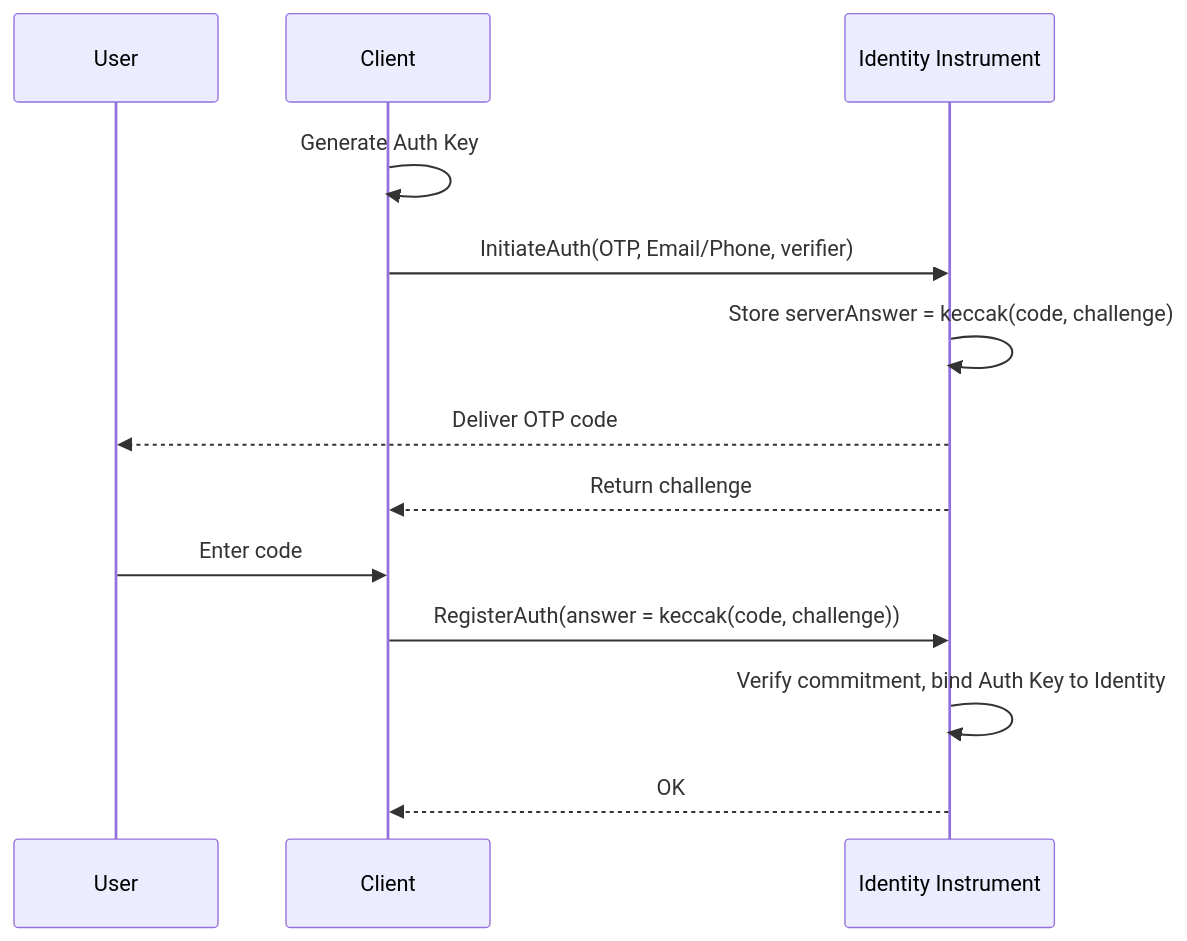
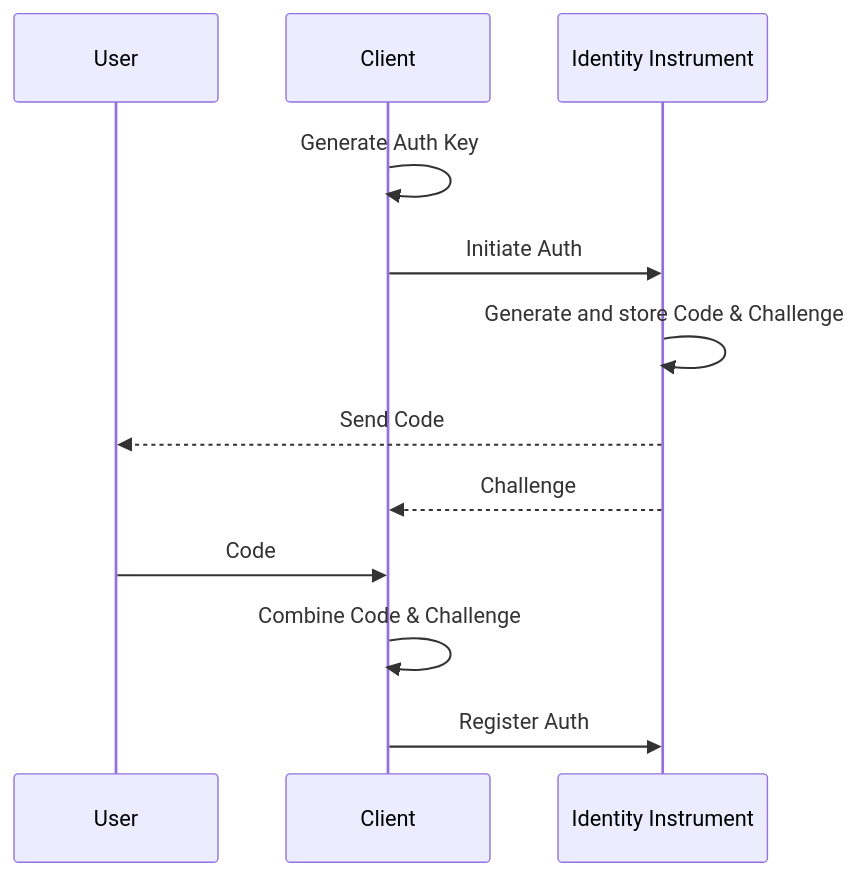
Before and after one commit to 0xsequence/docs: the first of 2 diagrams in solutions/wallets/ecosystems/identity-instrument.mdx, drawn with Mermaid. The commit also changed other lines of this file and 3 other files, not shown here.

````diff
--- a/solutions/wallets/ecosystems/identity-instrument.mdx
+++ b/solutions/wallets/ecosystems/identity-instrument.mdx
@@ -57,15 +32,15 @@
 ```mermaid
 sequenceDiagram
   participant User
   participant Client
   participant Nitro as Identity Instrument
-  Client->>Client: Generate Auth Key
-  Client->>Nitro: InitiateAuth(OTP, Email/Phone, verifier)
-  Nitro->>Nitro: Store serverAnswer = keccak(code, challenge)
-  Nitro-->>User: Deliver OTP code
-  Nitro-->>Client: Return challenge
-  User->>Client: Enter code
-  Client->>Nitro: RegisterAuth(answer = keccak(code, challenge))
-  Nitro->>Nitro: Verify commitment, bind Auth Key to Identity
-  Nitro-->>Client: OK
+
+  Client ->> Client: Generate Auth Key
+  Client ->> Nitro: Initiate Auth
+  Nitro ->> Nitro: Generate and store Code & Challenge
+  Nitro -->> User: Send Code
+  Nitro -->> Client: Challenge
+  User ->> Client: Code
+  Client ->> Client: Combine Code & Challenge
+  Client ->> Nitro: Register Auth
 ```
````
